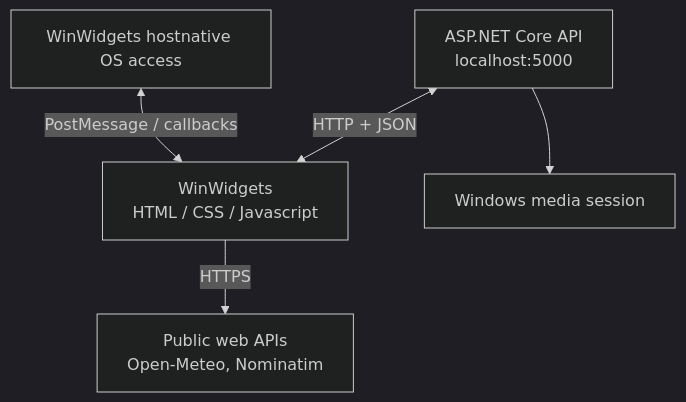
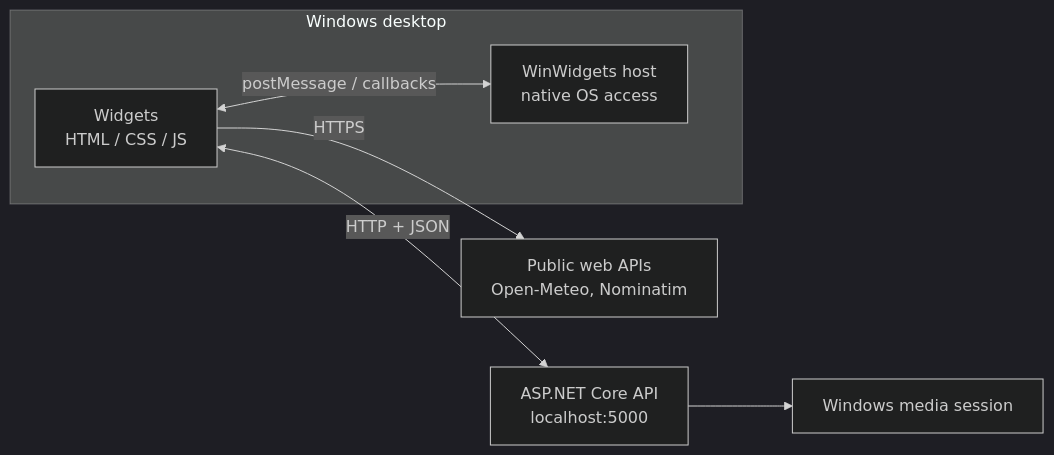
Before and after one commit to EyadHossni/Deskly: the diagram in README.md, drawn with Mermaid (dark theme). The commit also changed other lines of this file, not shown here.

````diff
--- a/README.md
+++ b/README.md
@@ -27,7 +43,15 @@
 ```mermaid
-flowchart TD
-    A[WinWidgets<br>HTML / CSS / Javascript] -->|HTTPS| B[Public web APIs<br>Open-Meteo, Nominatim]
-    C[WinWidgets hostnative OS access] <-->|PostMessage / callbacks| A
-    D[ASP.NET Core API<br>localhost:5000] <-->|HTTP + JSON| A
-    D --> E[Windows media session]
+flowchart LR
+    subgraph Desktop["Windows desktop"]
+        W["Widgets<br/>HTML / CSS / JS"]
+        H["WinWidgets host<br/>native OS access"]
+    end
+    API["ASP.NET Core API<br/>localhost:5000"]
+    EXT["Public web APIs<br/>Open-Meteo, Nominatim"]
+    OS["Windows media session"]
+
+    W <-->|"postMessage / callbacks"| H
+    W <-->|"HTTP + JSON"| API
+    W -->|"HTTPS"| EXT
+    API --> OS
 ```
````
